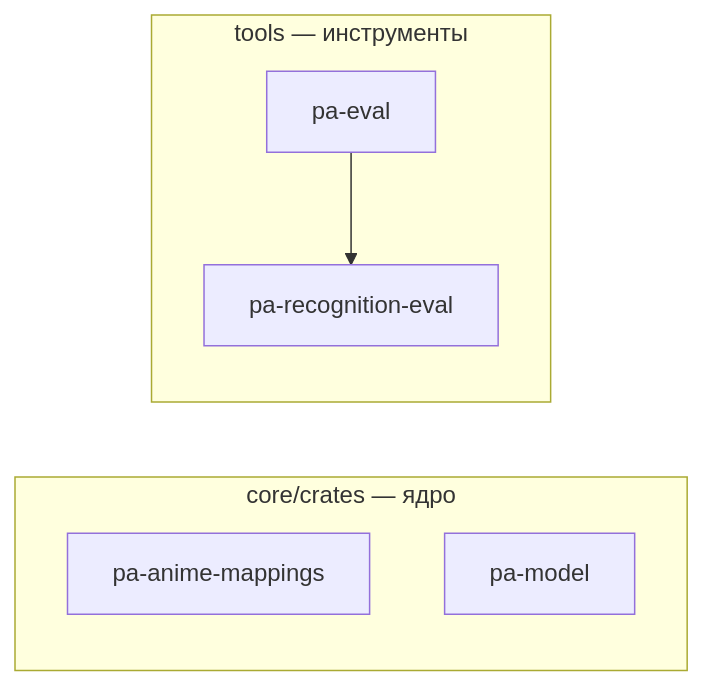
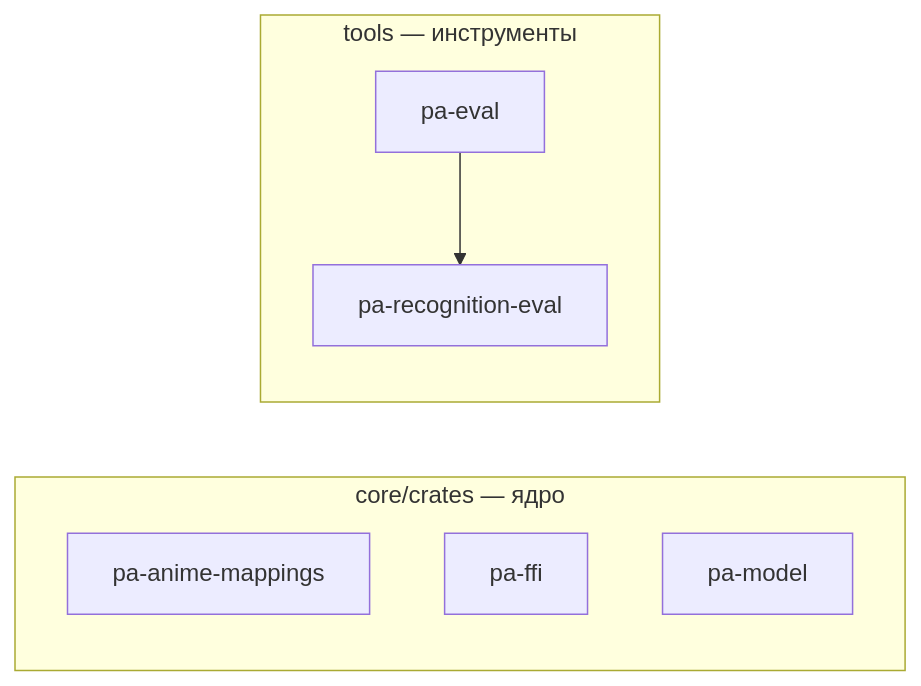
The diagram in docs/dev/crate-graph.md (DenisHumen/project_alpha), drawn with Mermaid before and after one commit. The commit also changed other lines of this file, not shown here.

Commit message:
docs: regenerate crate graph

````diff
--- a/docs/dev/crate-graph.md
+++ b/docs/dev/crate-graph.md
@@ -12,12 +12,13 @@
 ```mermaid
 flowchart LR
   subgraph g0["core/crates — ядро"]
     pa_anime_mappings["pa-anime-mappings"]
+    pa_ffi["pa-ffi"]
     pa_model["pa-model"]
   end
   subgraph g1["tools — инструменты"]
     pa_eval["pa-eval"]
     pa_recognition_eval["pa-recognition-eval"]
   end
   pa_eval --> pa_recognition_eval
 ```
````
